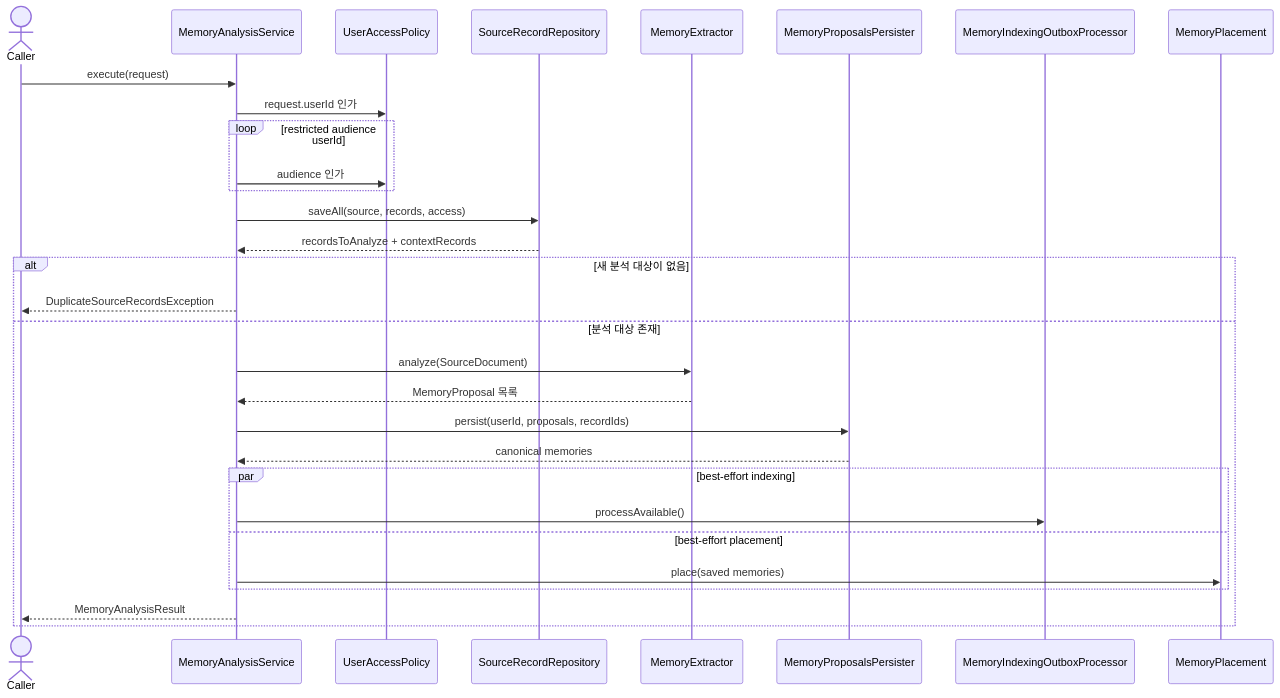
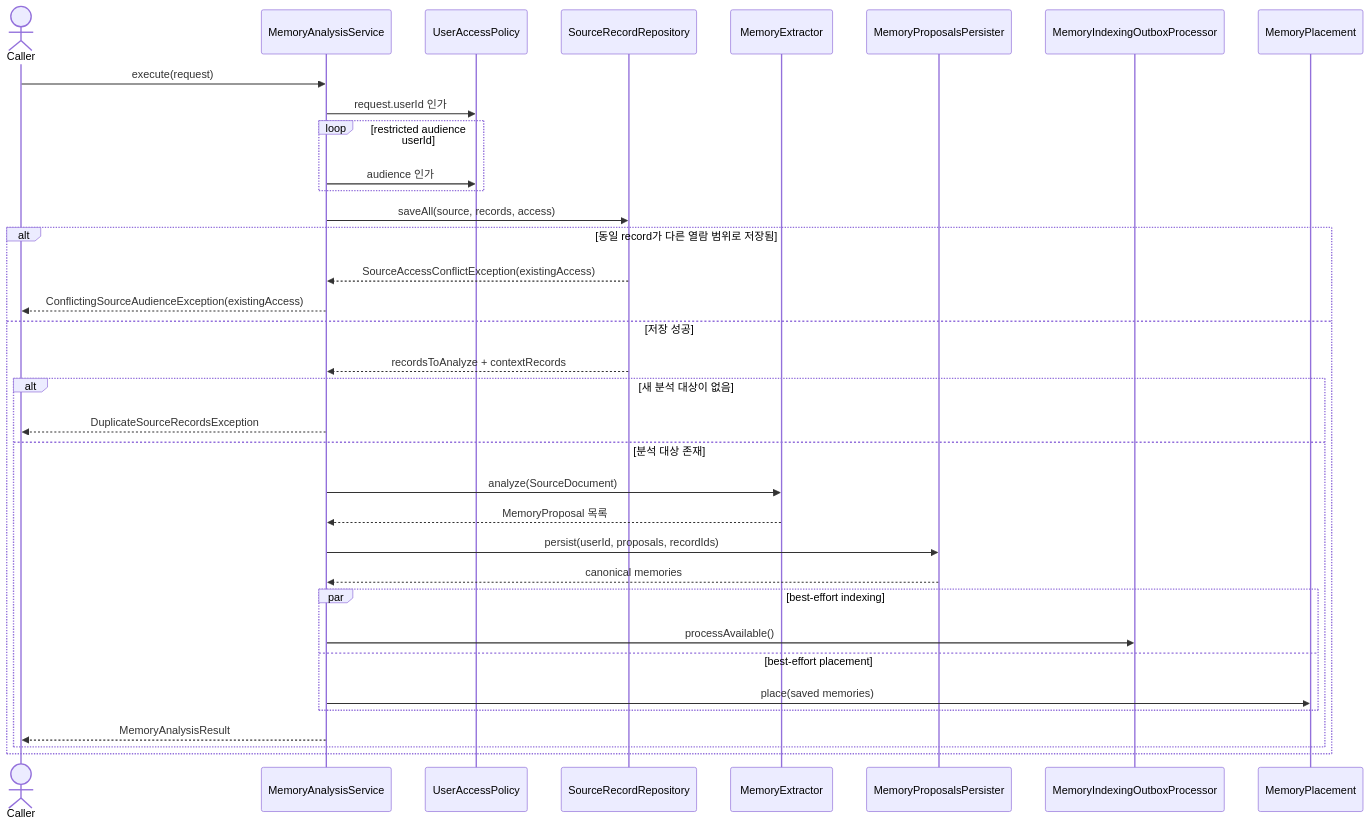
Before and after one commit to magenta1223/home_assistant: the second of 2 diagrams in application/src/main/kotlin/com/homeassistant/application/usecase/memory/analysis/README.md, drawn with Mermaid. The commit also changed other lines of this file and 12 other files, not shown here.

Commit message:
Improve audience conflict guidance and operations plans

````diff
--- a/application/src/main/kotlin/com/homeassistant/application/usecase/memory/analysis/README.md
+++ b/application/src/main/kotlin/com/homeassistant/application/usecase/memory/analysis/README.md
@@ -35,33 +35,38 @@
 ```mermaid
 sequenceDiagram
     actor Caller
     participant Analysis as MemoryAnalysisService
     participant Access as UserAccessPolicy
     participant Sources as SourceRecordRepository
     participant Extractor as MemoryExtractor
     participant Persister as MemoryProposalsPersister
     participant Indexing as MemoryIndexingOutboxProcessor
     participant Placement as MemoryPlacement
 
     Caller->>Analysis: execute(request)
     Analysis->>Access: request.userId 인가
     loop restricted audience userId
         Analysis->>Access: audience 인가
     end
     Analysis->>Sources: saveAll(source, records, access)
-    Sources-->>Analysis: recordsToAnalyze + contextRecords
-    alt 새 분석 대상이 없음
-        Analysis-->>Caller: DuplicateSourceRecordsException
-    else 분석 대상 존재
-        Analysis->>Extractor: analyze(SourceDocument)
-        Extractor-->>Analysis: MemoryProposal 목록
-        Analysis->>Persister: persist(userId, proposals, recordIds)
-        Persister-->>Analysis: canonical memories
-        par best-effort indexing
-            Analysis->>Indexing: processAvailable()
-        and best-effort placement
-            Analysis->>Placement: place(saved memories)
+    alt 동일 record가 다른 열람 범위로 저장됨
+        Sources-->>Analysis: SourceAccessConflictException(existingAccess)
+        Analysis-->>Caller: ConflictingSourceAudienceException(existingAccess)
+    else 저장 성공
+        Sources-->>Analysis: recordsToAnalyze + contextRecords
+        alt 새 분석 대상이 없음
+            Analysis-->>Caller: DuplicateSourceRecordsException
+        else 분석 대상 존재
+            Analysis->>Extractor: analyze(SourceDocument)
+            Extractor-->>Analysis: MemoryProposal 목록
+            Analysis->>Persister: persist(userId, proposals, recordIds)
+            Persister-->>Analysis: canonical memories
+            par best-effort indexing
+                Analysis->>Indexing: processAvailable()
+            and best-effort placement
+                Analysis->>Placement: place(saved memories)
+            end
+            Analysis-->>Caller: MemoryAnalysisResult
         end
-        Analysis-->>Caller: MemoryAnalysisResult
     end
 ```
````
